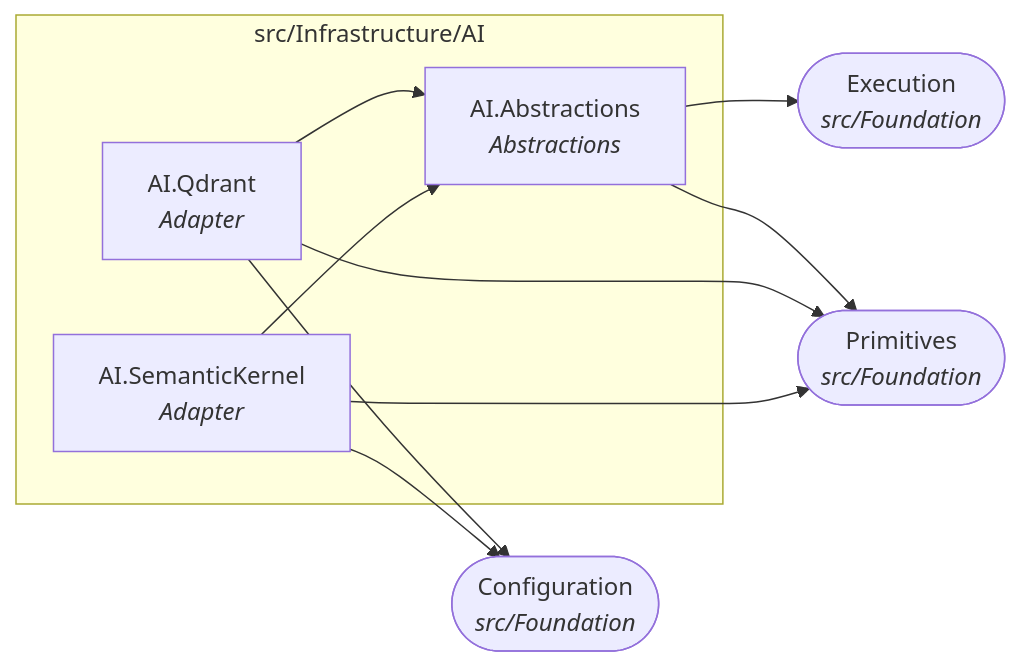
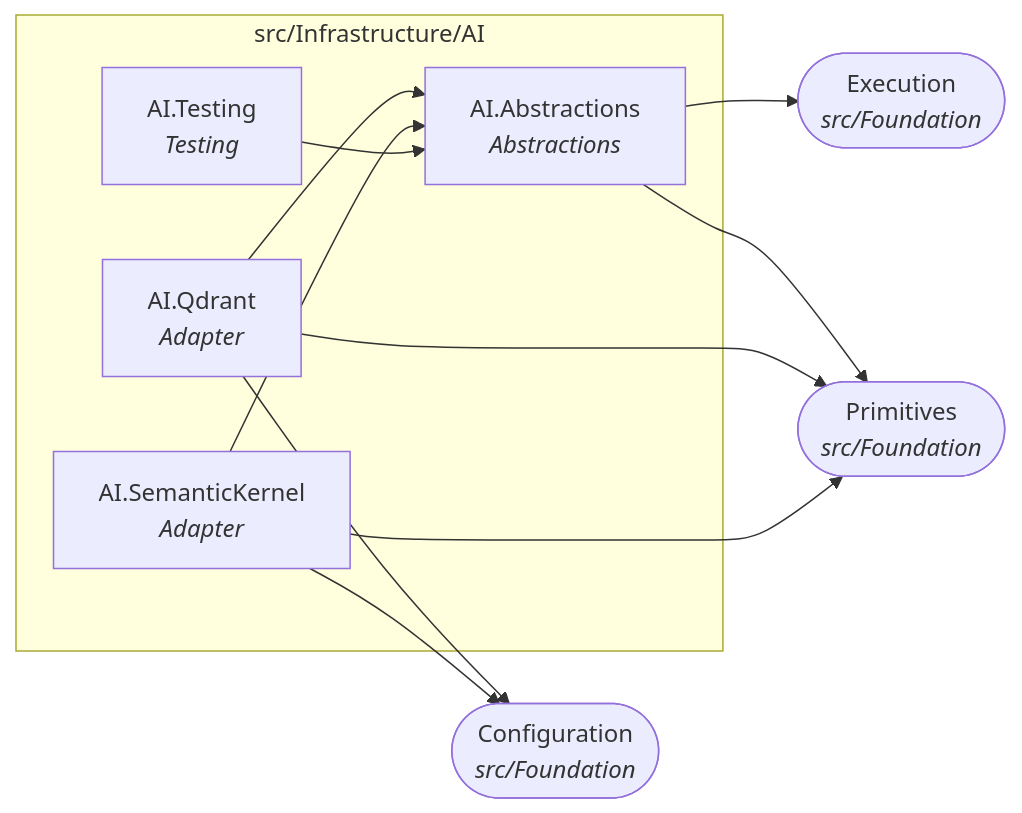
Before and after one commit to Gresta-Vertex-Labs/platform-shared-kernel: the seventh of 22 diagrams in docs/dependency-graph.md, drawn with Mermaid. The commit also changed other lines of this file and 508 other files, not shown here.

````diff
--- a/docs/dependency-graph.md
+++ b/docs/dependency-graph.md
@@ -278,19 +292,21 @@
 ```mermaid
 flowchart LR
   subgraph folder_src_Infrastructure_AI["src/Infrastructure/AI"]
     SharedKernel_AI_Abstractions["AI.Abstractions<br/><i>Abstractions</i>"]
     SharedKernel_AI_Qdrant["AI.Qdrant<br/><i>Adapter</i>"]
     SharedKernel_AI_SemanticKernel["AI.SemanticKernel<br/><i>Adapter</i>"]
+    SharedKernel_AI_Testing["AI.Testing<br/><i>Testing</i>"]
   end
   SharedKernel_Configuration(["Configuration<br/><i>src/Foundation</i>"])
   SharedKernel_Execution(["Execution<br/><i>src/Foundation</i>"])
   SharedKernel_Primitives(["Primitives<br/><i>src/Foundation</i>"])
   SharedKernel_AI_Abstractions --> SharedKernel_Execution
   SharedKernel_AI_Abstractions --> SharedKernel_Primitives
   SharedKernel_AI_Qdrant --> SharedKernel_AI_Abstractions
   SharedKernel_AI_Qdrant --> SharedKernel_Configuration
   SharedKernel_AI_Qdrant --> SharedKernel_Primitives
   SharedKernel_AI_SemanticKernel --> SharedKernel_AI_Abstractions
   SharedKernel_AI_SemanticKernel --> SharedKernel_Configuration
   SharedKernel_AI_SemanticKernel --> SharedKernel_Primitives
+  SharedKernel_AI_Testing --> SharedKernel_AI_Abstractions
 ```
````
